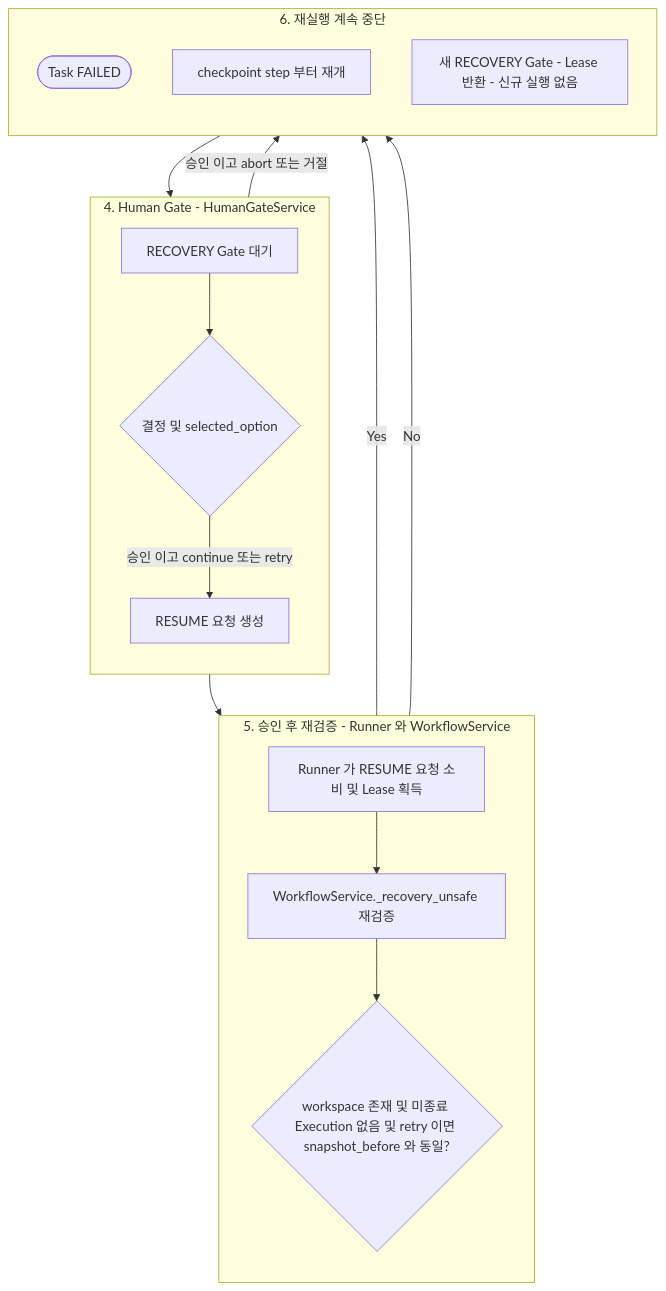
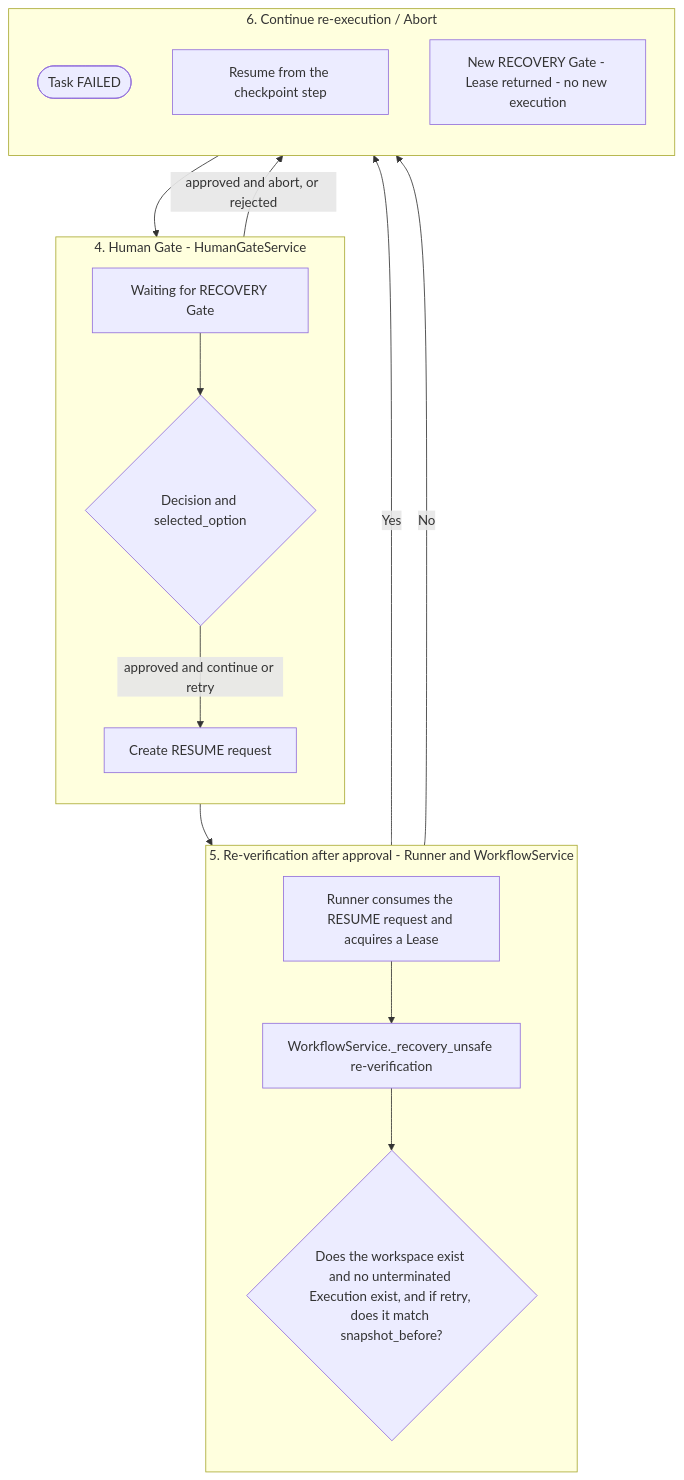
The second of 2 diagrams in docs/workflow/09-recovery.md (mdgome/orchestra-ai), drawn with Mermaid before and after one commit. The commit also changed other lines of this file and 31 other files, not shown here.

````diff
--- a/docs/workflow/09-recovery.md
+++ b/docs/workflow/09-recovery.md
@@ -80,27 +83,27 @@
 ```mermaid
 flowchart TD
     subgraph GATE["4. Human Gate - HumanGateService"]
         direction TB
-        A["RECOVERY Gate 대기"] --> D{"결정 및 selected_option"}
-        D -->|"승인 이고 continue 또는 retry"| Q["RESUME 요청 생성"]
+        A["Waiting for RECOVERY Gate"] --> D{"Decision and selected_option"}
+        D -->|"approved and continue or retry"| Q["Create RESUME request"]
     end
 
-    subgraph REVERIFY["5. 승인 후 재검증 - Runner 와 WorkflowService"]
+    subgraph REVERIFY["5. Re-verification after approval - Runner and WorkflowService"]
         direction TB
-        L["Runner 가 RESUME 요청 소비 및 Lease 획득"] --> U["WorkflowService._recovery_unsafe 재검증"]
-        U --> V{"workspace 존재 및 미종료 Execution 없음 및 retry 이면 snapshot_before 와 동일?"}
+        L["Runner consumes the RESUME request and acquires a Lease"] --> U["WorkflowService._recovery_unsafe re-verification"]
+        U --> V{"Does the workspace exist and no unterminated Execution exist, and if retry, does it match snapshot_before?"}
     end
 
-    subgraph RESULT["6. 재실행 계속 중단"]
+    subgraph RESULT["6. Continue re-execution / Abort"]
         direction TB
         F(["Task FAILED"])
-        RUN["checkpoint step 부터 재개"]
-        NEW["새 RECOVERY Gate - Lease 반환 - 신규 실행 없음"]
+        RUN["Resume from the checkpoint step"]
+        NEW["New RECOVERY Gate - Lease returned - no new execution"]
     end
 
-    D -->|"승인 이고 abort 또는 거절"| F
+    D -->|"approved and abort, or rejected"| F
     Q --> L
     V -->|"Yes"| RUN
     V -->|"No"| NEW
     NEW --> A
 ```
````
